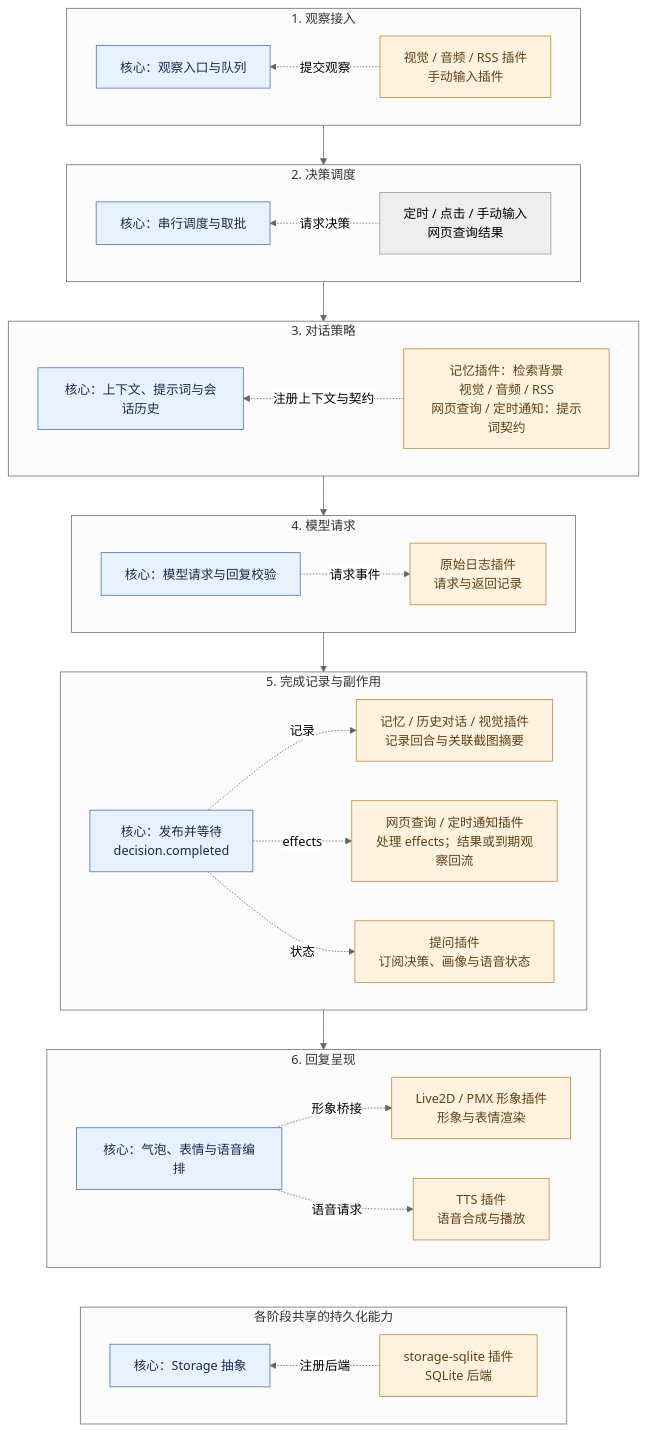
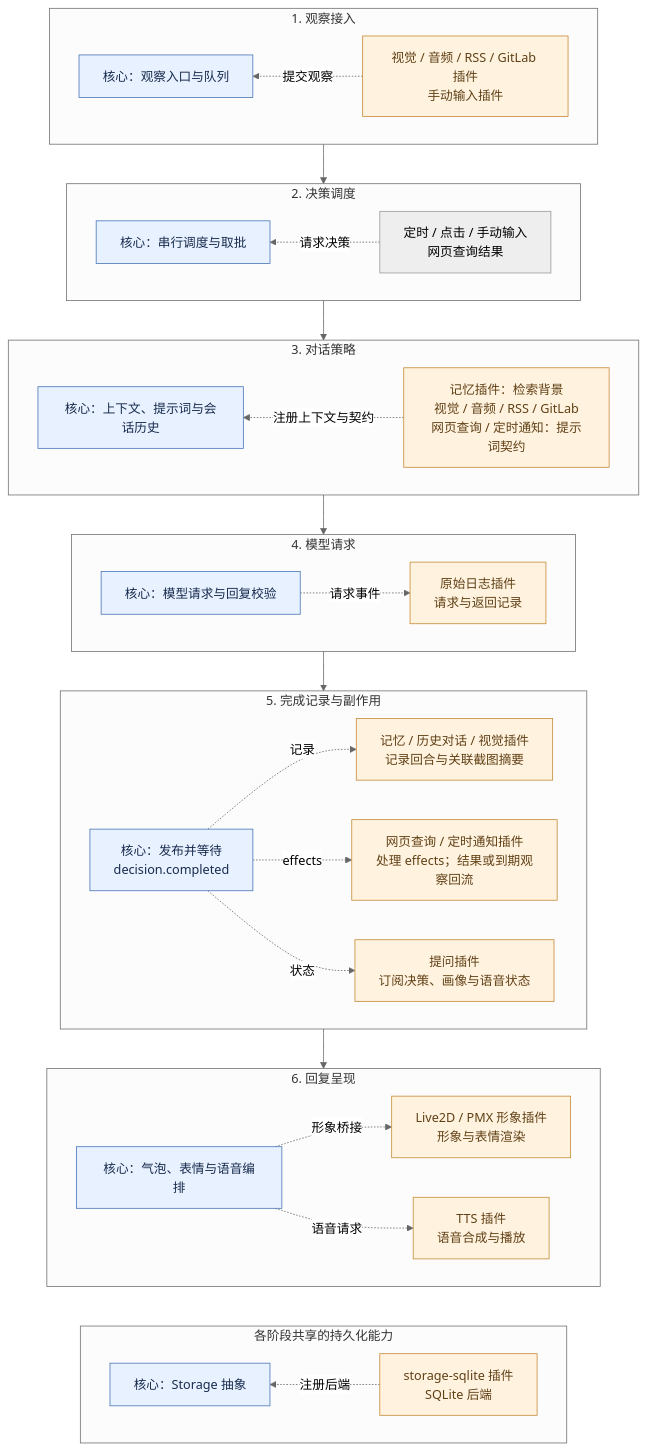
Before and after one commit to thebeet/mylive2dpet: the diagram in README.md, drawn with Mermaid (neutral theme). The commit also changed other lines of this file and 16 other files, not shown here.

Commit message:
Add GitLab pipeline monitoring and raw query logs

````diff
--- a/README.md
+++ b/README.md
@@ -119,59 +120,59 @@
 ```mermaid
 flowchart TB
     subgraph Input[1. 观察接入]
         direction RL
-        Sources["视觉 / 音频 / RSS 插件<br/>手动输入插件"]
+        Sources["视觉 / 音频 / RSS / GitLab 插件<br/>手动输入插件"]
         Queue["核心：观察入口与队列"]
         Sources -.->|"提交观察"| Queue
     end
     subgraph Decision[2. 决策调度]
         direction RL
         Triggers["定时 / 点击 / 手动输入<br/>网页查询结果"]
         Scheduler["核心：串行调度与取批"]
         Triggers -.->|"请求决策"| Scheduler
     end
     subgraph Conversation[3. 对话策略]
         direction RL
-        ContextPlugins["记忆插件：检索背景<br/>视觉 / 音频 / RSS<br/>网页查询 / 定时通知：提示词契约"]
+        ContextPlugins["记忆插件：检索背景<br/>视觉 / 音频 / RSS / GitLab<br/>网页查询 / 定时通知：提示词契约"]
         Context["核心：上下文、提示词与会话历史"]
         ContextPlugins -.->|"注册上下文与契约"| Context
     end
     subgraph Request[4. 模型请求]
         direction LR
         Model["核心：模型请求与回复校验"]
         RawLog["原始日志插件<br/>请求与返回记录"]
         Model -.->|"请求事件"| RawLog
     end
     subgraph Completion[5. 完成记录与副作用]
         direction LR
         Result["核心：发布并等待<br/>decision.completed"]
         Records["记忆 / 历史对话 / 视觉插件<br/>记录回合与关联截图摘要"]
         Effects["网页查询 / 定时通知插件<br/>处理 effects；结果或到期观察回流"]
         Questions["提问插件<br/>订阅决策、画像与语音状态"]
         Result -.->|"记录"| Records
         Result -.->|"effects"| Effects
         Result -.->|"状态"| Questions
     end
     subgraph Output[6. 回复呈现]
         direction LR
         Present["核心：气泡、表情与语音编排"]
         Avatar["Live2D / PMX 形象插件<br/>形象与表情渲染"]
         TTS["TTS 插件<br/>语音合成与播放"]
         Present -.->|"形象桥接"| Avatar
         Present -.->|"语音请求"| TTS
     end
     subgraph Persistence[各阶段共享的持久化能力]
         direction RL
         SQLite["storage-sqlite 插件<br/>SQLite 后端"]
         Storage["核心：Storage 抽象"]
         SQLite -.->|"注册后端"| Storage
     end
 
     Input --> Decision --> Conversation --> Request --> Completion --> Output
     Output ~~~ Persistence
 
     classDef core fill:#e8f1ff,stroke:#4775b5,color:#172b4d;
     classDef plugin fill:#fff2df,stroke:#c58a36,color:#604015;
     class Queue,Scheduler,Context,Model,Result,Present,Storage core;
     class Sources,ContextPlugins,RawLog,Records,Effects,Questions,Avatar,TTS,SQLite plugin;
 ```
````
